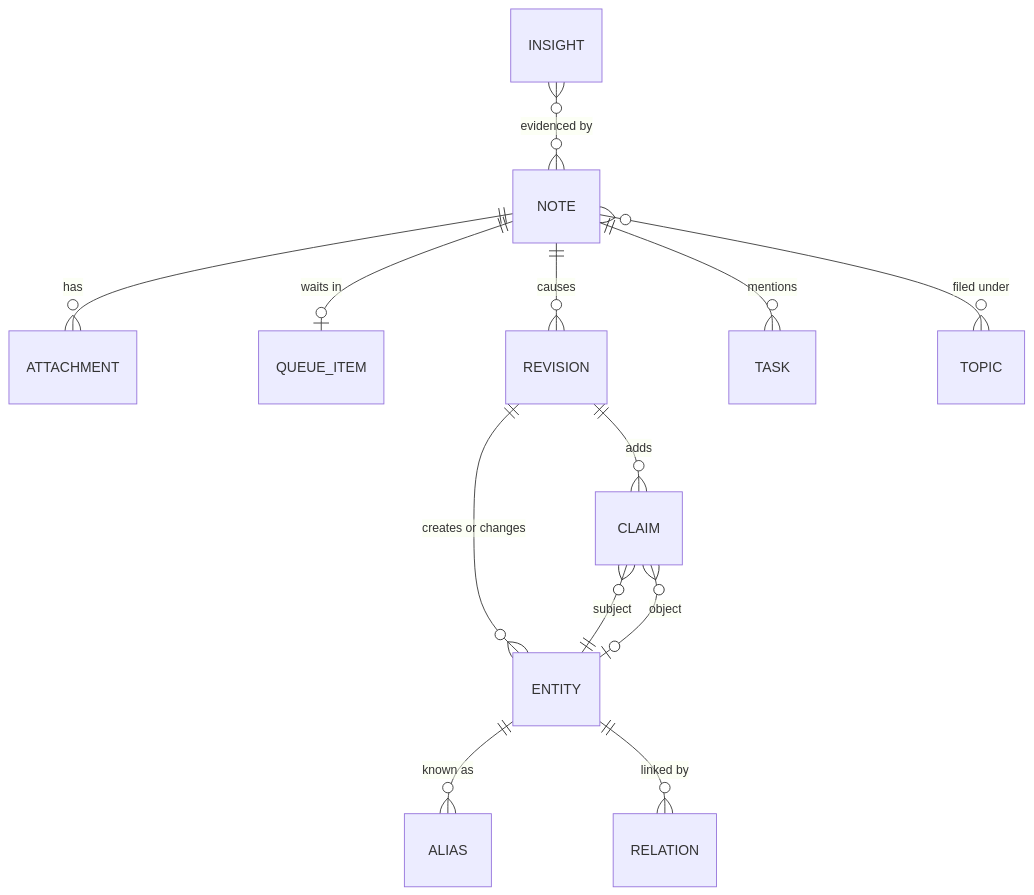
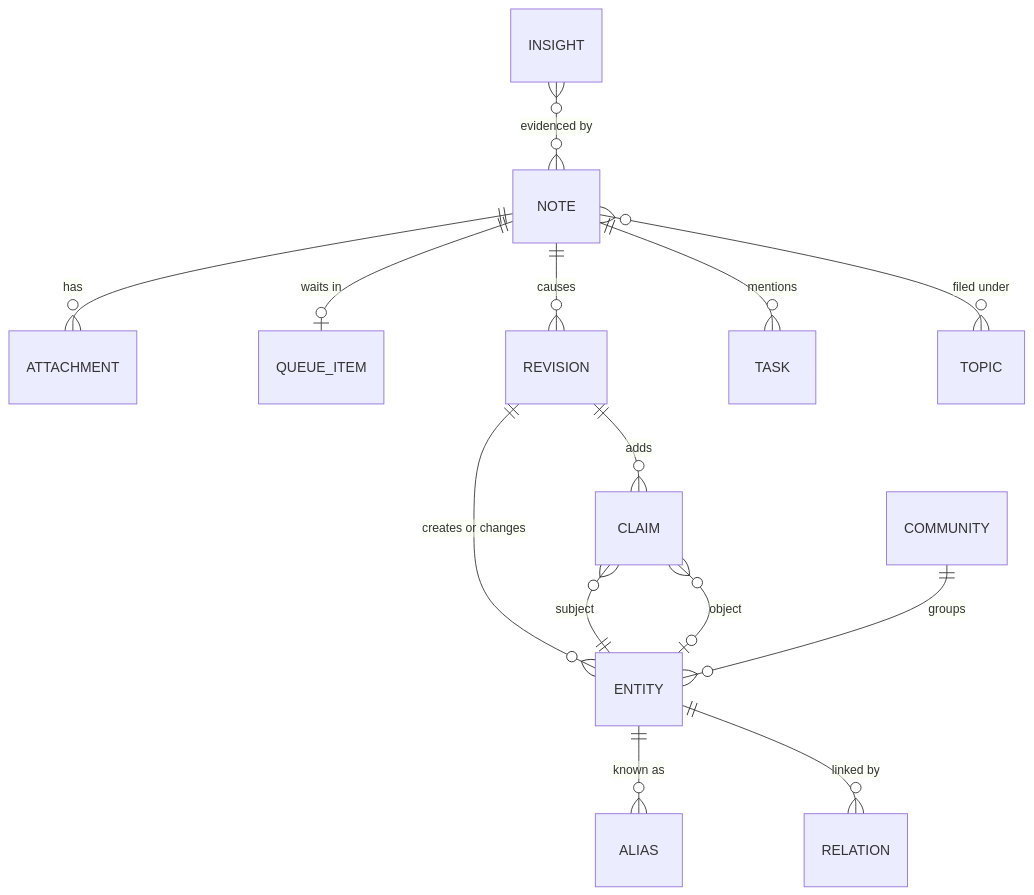
The diagram in docs/data-model.md (lpalbou/AbstractNote), drawn with Mermaid before and after one commit. The commit also changed other lines of this file and 5 other files, not shown here.

````diff
--- a/docs/data-model.md
+++ b/docs/data-model.md
@@ -9,15 +9,16 @@
 ```mermaid
 erDiagram
     NOTE ||--o{ ATTACHMENT : has
     NOTE ||--o| QUEUE_ITEM : "waits in"
     NOTE ||--o{ REVISION : causes
     REVISION ||--o{ CLAIM : adds
     REVISION ||--o{ ENTITY : "creates or changes"
     ENTITY ||--o{ ALIAS : "known as"
     CLAIM }o--|| ENTITY : subject
     CLAIM }o--o| ENTITY : object
     ENTITY ||--o{ RELATION : "linked by"
     NOTE ||--o{ TASK : mentions
     NOTE }o--o{ TOPIC : "filed under"
     INSIGHT }o--o{ NOTE : "evidenced by"
+    COMMUNITY ||--o{ ENTITY : groups
 ```
````
